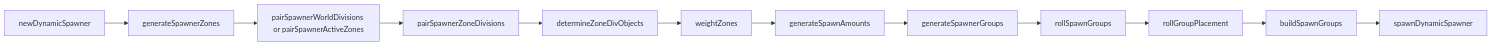
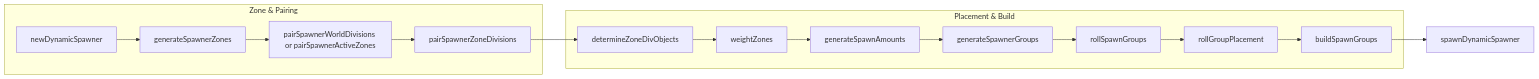
The third of 3 diagrams in docs/spawner/pipeline.md (Gh0st352/AETHR), drawn with Mermaid before and after one commit. The commit also changed other lines of this file and 9 other files, not shown here.

First line of the commit message:
docs(spawner, mermaid): restructure diagrams and clarify headings

````diff
--- a/docs/spawner/pipeline.md
+++ b/docs/spawner/pipeline.md
@@ -68,14 +75,22 @@
 ```mermaid
+%% shared theme: docs/_mermaid/theme.json %%
 flowchart LR
-  NEW[newDynamicSpawner] --> GENZ[generateSpawnerZones]
-  GENZ --> PAIRW[pairSpawnerWorldDivisions or pairSpawnerActiveZones]
-  PAIRW --> PAIRZ[pairSpawnerZoneDivisions]
-  PAIRZ --> OBJ[determineZoneDivObjects]
-  OBJ --> WEIGHT[weightZones]
-  WEIGHT --> AMT[generateSpawnAmounts]
-  AMT --> GROUPS[generateSpawnerGroups]
-  GROUPS --> ROLL[rollSpawnGroups]
-  ROLL --> PLACE[rollGroupPlacement]
-  PLACE --> BUILD[buildSpawnGroups]
+  subgraph "Zone & Pairing"
+    NEW[newDynamicSpawner] --> GENZ[generateSpawnerZones]
+    GENZ --> PAIRW[pairSpawnerWorldDivisions or pairSpawnerActiveZones]
+    PAIRW --> PAIRZ[pairSpawnerZoneDivisions]
+  end
+  subgraph "Placement & Build"
+    PAIRZ --> OBJ[determineZoneDivObjects]
+    OBJ --> WEIGHT[weightZones]
+    WEIGHT --> AMT[generateSpawnAmounts]
+    AMT --> GROUPS[generateSpawnerGroups]
+    GROUPS --> ROLL[rollSpawnGroups]
+    ROLL --> PLACE[rollGroupPlacement]
+    PLACE --> BUILD[buildSpawnGroups]
+  end
   BUILD --> SPAWN[spawnDynamicSpawner]
+  class NEW class_io;
+  class GENZ,PAIRW,PAIRZ,OBJ,WEIGHT,AMT,GROUPS,ROLL,PLACE,BUILD class_step;
+  class SPAWN class_result;
 ```
````
